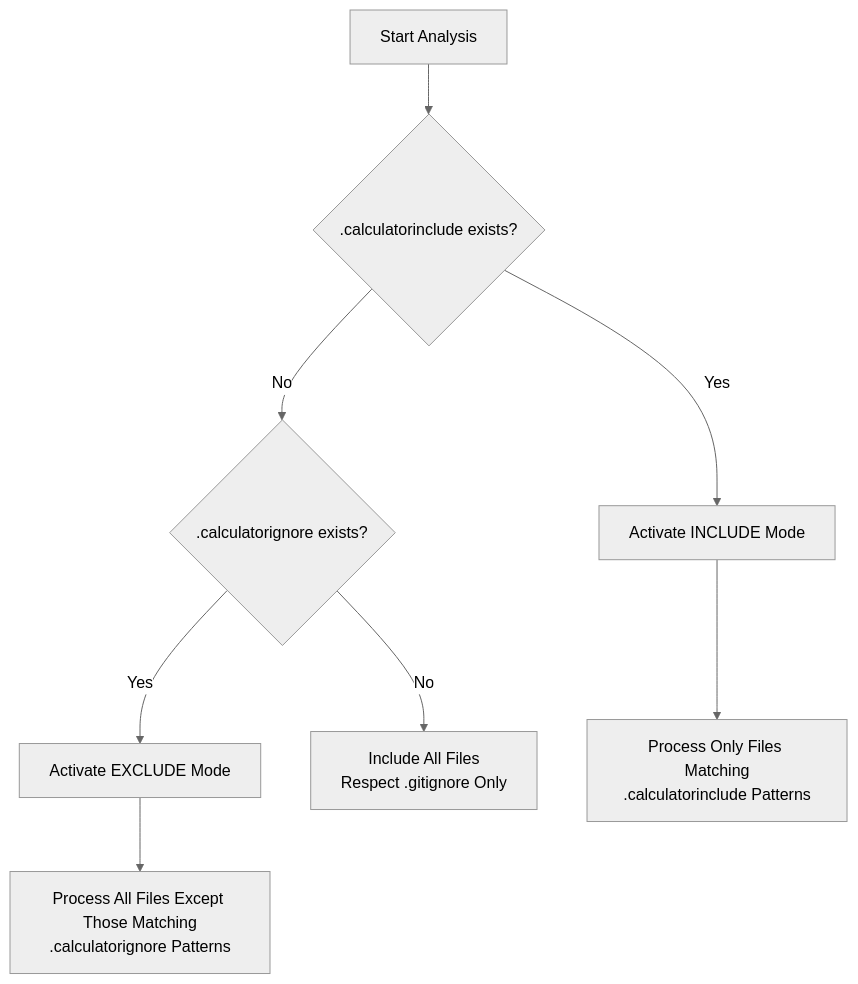
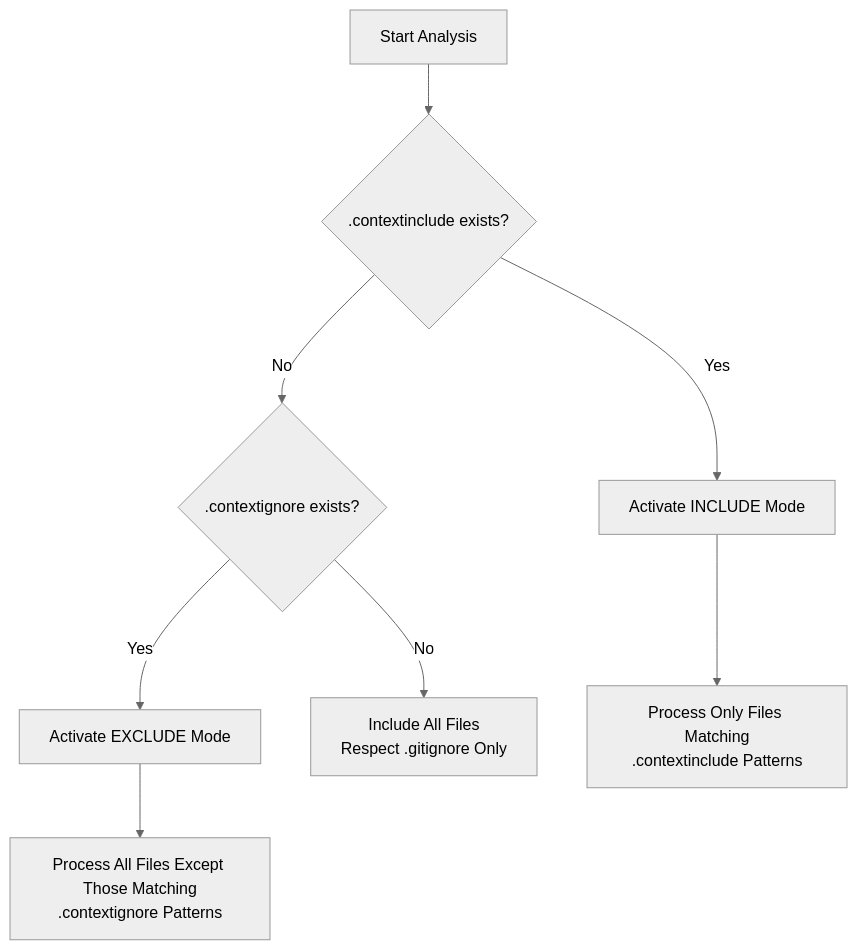
One commit to hakkisagdic/context-manager changed the first of 4 diagrams in docs/content-en/Configuration/File Filtering.md. Above: the diagram before and after it, drawn with Mermaid (neutral theme). The commit also changed other lines of this file and 93 other files, not shown here.

````diff
--- a/docs/content-en/Configuration/File Filtering.md
+++ b/docs/content-en/Configuration/File Filtering.md
@@ -40,10 +40,10 @@
 ```mermaid
 graph TD
-A[Start Analysis] --> B{.calculatorinclude exists?}
+A[Start Analysis] --> B{.contextinclude exists?}
 B --> |Yes| C[Activate INCLUDE Mode]
-B --> |No| D{.calculatorignore exists?}
+B --> |No| D{.contextignore exists?}
 D --> |Yes| E[Activate EXCLUDE Mode]
 D --> |No| F[Include All Files<br>Respect .gitignore Only]
-C --> G[Process Only Files Matching<br>.calculatorinclude Patterns]
-E --> H[Process All Files Except Those Matching<br>.calculatorignore Patterns]
+C --> G[Process Only Files Matching<br>.contextinclude Patterns]
+E --> H[Process All Files Except Those Matching<br>.contextignore Patterns]
 ```
````
